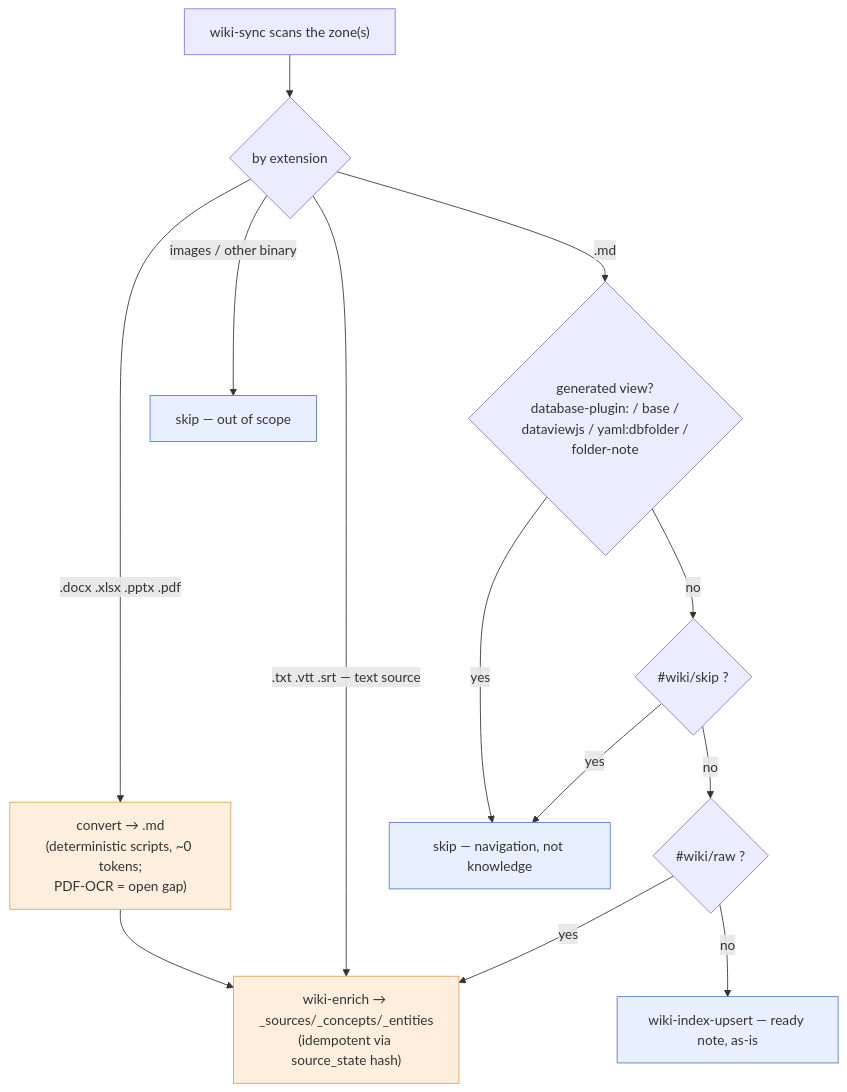
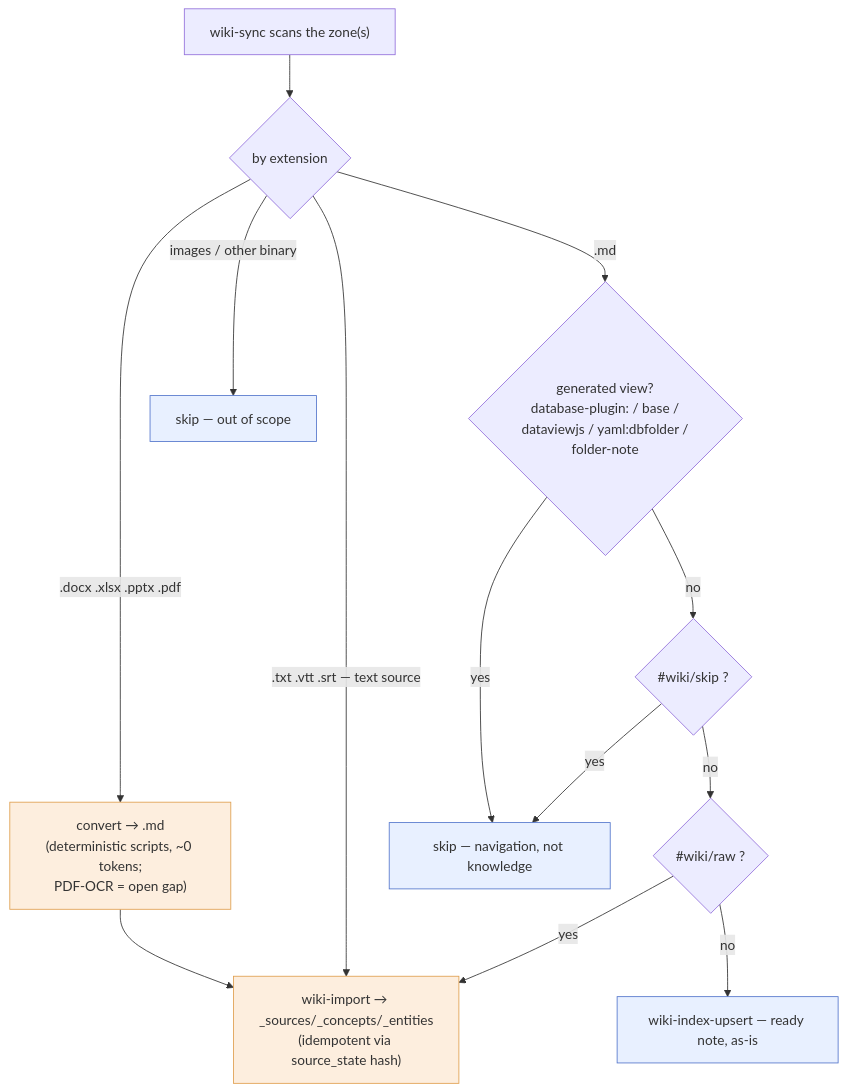
Before and after one commit to MatrixFounder/llm-wiki: the diagram in docs/ROADMAP.md, drawn with Mermaid. The commit also changed other lines of this file and 17 other files, not shown here.

First line of the commit message:
docs: de-vendor manuals/ROADMAP, archive pre-impl planning specs, refresh data-model infographic

````diff
--- a/docs/ROADMAP.md
+++ b/docs/ROADMAP.md
@@ -219,19 +227,19 @@
 ```mermaid
 flowchart TD
     SCAN["wiki-sync scans the zone(s)"] --> F{"by extension"}
     F -->|".docx .xlsx .pptx .pdf"| CONV["convert → .md<br/>(deterministic scripts, ~0 tokens;<br/>PDF-OCR = open gap)"]
     F -->|"images / other binary"| SKIPB["skip — out of scope"]
     F -->|".txt .vtt .srt — text source"| ENR
     F -->|".md"| V{"generated view?<br/>database-plugin: / base /<br/>dataviewjs / yaml:dbfolder /<br/>folder-note"}
     CONV --> ENR
     V -->|yes| SKIP["skip — navigation, not knowledge"]
     V -->|no| K{"#wiki/skip ?"}
     K -->|yes| SKIP
     K -->|no| R{"#wiki/raw ?"}
-    R -->|yes| ENR["wiki-enrich → _sources/_concepts/_entities<br/>(idempotent via source_state hash)"]
+    R -->|yes| ENR["wiki-import → _sources/_concepts/_entities<br/>(idempotent via source_state hash)"]
     R -->|no| UPS["wiki-index-upsert — ready note, as-is"]
     classDef raw fill:#fdeede,stroke:#e0a050;
     classDef act fill:#e8f0ff,stroke:#5577cc;
     class ENR,CONV raw;
     class UPS,SKIP,SKIPB act;
 ```
````
